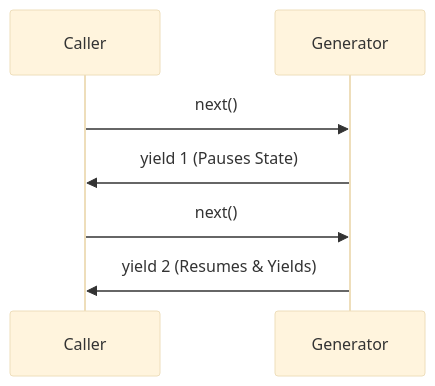
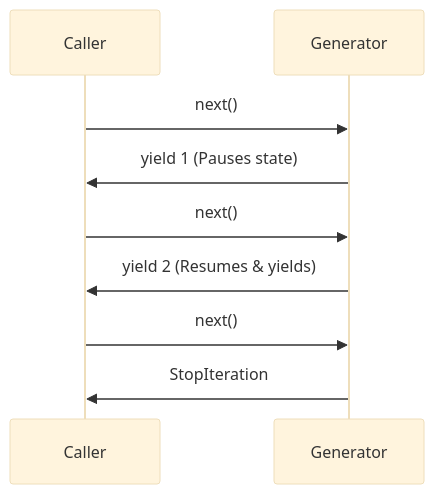
Before and after one commit to nihalgbailur/Gen_AI_100_questions: the second of 8 diagrams in interview_questions_visualized.md, drawn with Mermaid (base theme). The commit also changed other lines of this file, not shown here.

````diff
--- a/interview_questions_visualized.md
+++ b/interview_questions_visualized.md
@@ -32,9 +99,11 @@
 ```mermaid
 sequenceDiagram
     participant Caller
     participant Generator
     Caller->>Generator: next()
-    Generator->>Caller: yield 1 (Pauses State)
+    Generator->>Caller: yield 1 (Pauses state)
     Caller->>Generator: next()
-    Generator->>Caller: yield 2 (Resumes & Yields)
+    Generator->>Caller: yield 2 (Resumes & yields)
+    Caller->>Generator: next()
+    Generator->>Caller: StopIteration
 ```
````
